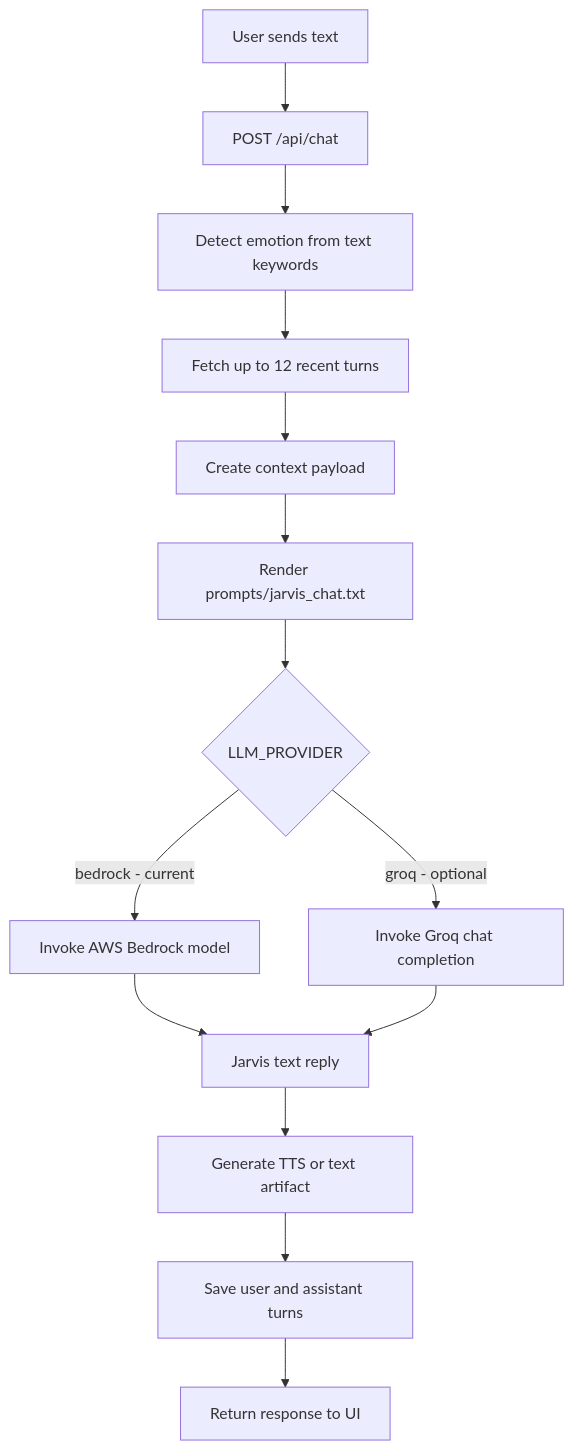
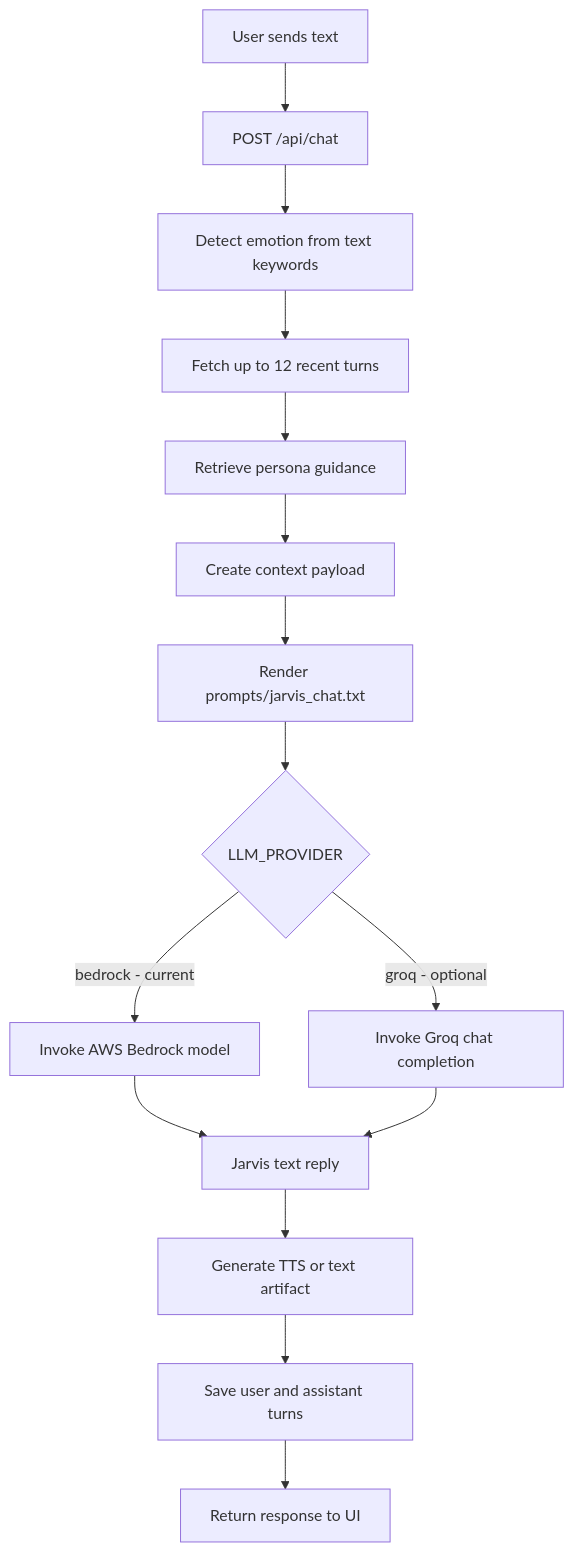
The second of 3 diagrams in project-idea/README.qmd (NavSanya/jarvis-assistant), drawn with Mermaid before and after one commit. The commit also changed other lines of this file and 16 other files, not shown here.

````diff
--- a/project-idea/README.qmd
+++ b/project-idea/README.qmd
@@ -141,16 +145,17 @@
 ```{mermaid}
 flowchart TD
     A[User sends text] --> B[POST /api/chat]
     B --> C[Detect emotion from text keywords]
     C --> D[Fetch up to 12 recent turns]
-    D --> E[Create context payload]
+    D --> D1[Retrieve persona guidance]
+    D1 --> E[Create context payload]
     E --> F[Render prompts/jarvis_chat.txt]
     F --> G{LLM_PROVIDER}
     G -->|bedrock - current| H[Invoke AWS Bedrock model]
     G -->|groq - optional| I[Invoke Groq chat completion]
     H --> J[Jarvis text reply]
     I --> J
     J --> K[Generate TTS or text artifact]
     K --> L[Save user and assistant turns]
     L --> M[Return response to UI]
 ```
````
